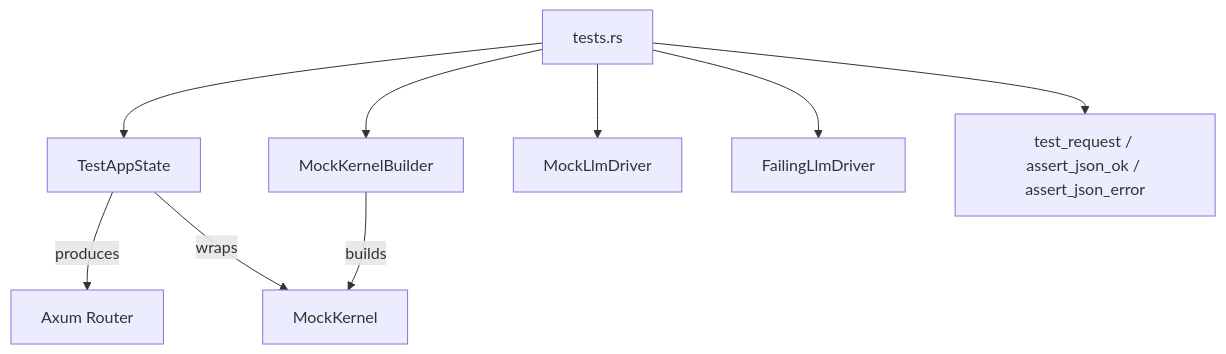
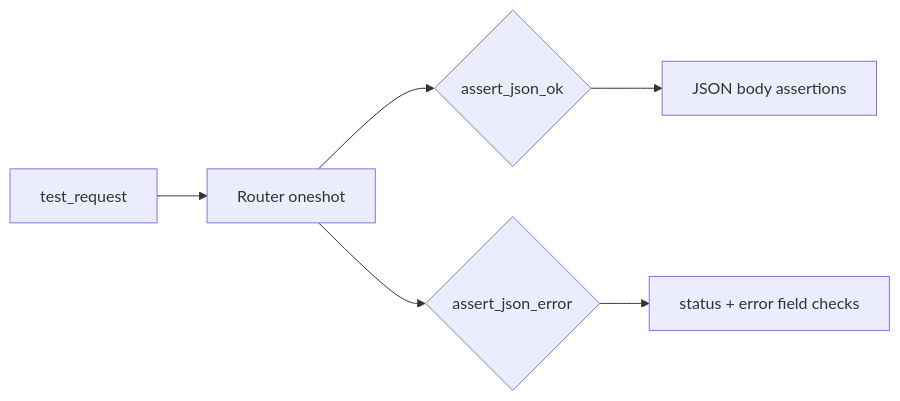
One commit to leszek3737/librefang-WIki changed the diagram in other-librefang-testing-src.md. Above: the diagram before and after it, drawn with Mermaid. The commit also changed other lines of this file and 119 other files, not shown here.

````diff
--- a/other-librefang-testing-src.md
+++ b/other-librefang-testing-src.md
@@ -16,11 +20,8 @@
 ```mermaid
-graph TD
-    tests_rs[tests.rs] --> TestAppState
-    tests_rs --> MockKernelBuilder
-    tests_rs --> MockLlmDriver
-    tests_rs --> FailingLlmDriver
-    tests_rs --> helpers[test_request / assert_json_ok / assert_json_error]
-    TestAppState -->|produces| Router[Axum Router]
-    TestAppState -->|wraps| Kernel[MockKernel]
-    MockKernelBuilder -->|builds| Kernel
+graph LR
+    A[test_request] --> B[Router oneshot]
+    B --> C{assert_json_ok}
+    B --> D{assert_json_error}
+    C --> E[JSON body assertions]
+    D --> F[status + error field checks]
 ```
````
